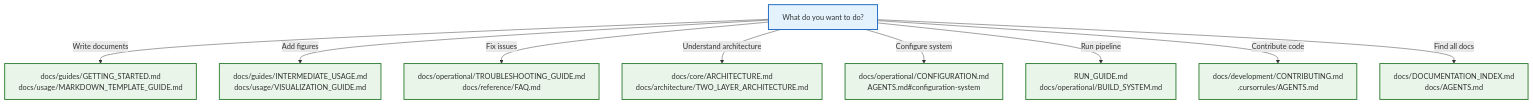
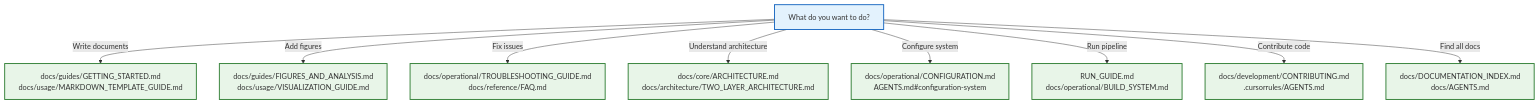
One commit to docxology/template changed diagram 13 of 14 in README.md. Above: the diagram before and after it, drawn with Mermaid. The commit also changed other lines of this file and 1497 other files, not shown here.

````diff
--- a/README.md
+++ b/README.md
@@ -1320,19 +1345,19 @@
 ```mermaid
 graph TB
     TASK[What do you want to do?]
     
     TASK -->|Write documents| WRITE[docs/guides/GETTING_STARTED.md\ndocs/usage/MARKDOWN_TEMPLATE_GUIDE.md]
-    TASK -->|Add figures| FIGURES[docs/guides/INTERMEDIATE_USAGE.md\ndocs/usage/VISUALIZATION_GUIDE.md]
+    TASK -->|Add figures| FIGURES[docs/guides/FIGURES_AND_ANALYSIS.md\ndocs/usage/VISUALIZATION_GUIDE.md]
     TASK -->|Fix issues| FIX[docs/operational/TROUBLESHOOTING_GUIDE.md\ndocs/reference/FAQ.md]
     TASK -->|Understand architecture| ARCH[docs/core/ARCHITECTURE.md\ndocs/architecture/TWO_LAYER_ARCHITECTURE.md]
     TASK -->|Configure system| CONFIG[docs/operational/CONFIGURATION.md\nAGENTS.md#configuration-system]
     TASK -->|Run pipeline| PIPELINE[RUN_GUIDE.md\ndocs/operational/BUILD_SYSTEM.md]
     TASK -->|Contribute code| CONTRIB[docs/development/CONTRIBUTING.md\n.cursorrules/AGENTS.md]
     TASK -->|Find all docs| INDEX[docs/DOCUMENTATION_INDEX.md\ndocs/AGENTS.md]
     
     classDef task fill:#e3f2fd,stroke:#1565c0,stroke-width:2px
     classDef doc fill:#e8f5e8,stroke:#2e7d32,stroke-width:2px
     
     class TASK task
     class WRITE,FIGURES,FIX,ARCH,CONFIG,PIPELINE,CONTRIB,INDEX doc
 ```
````
